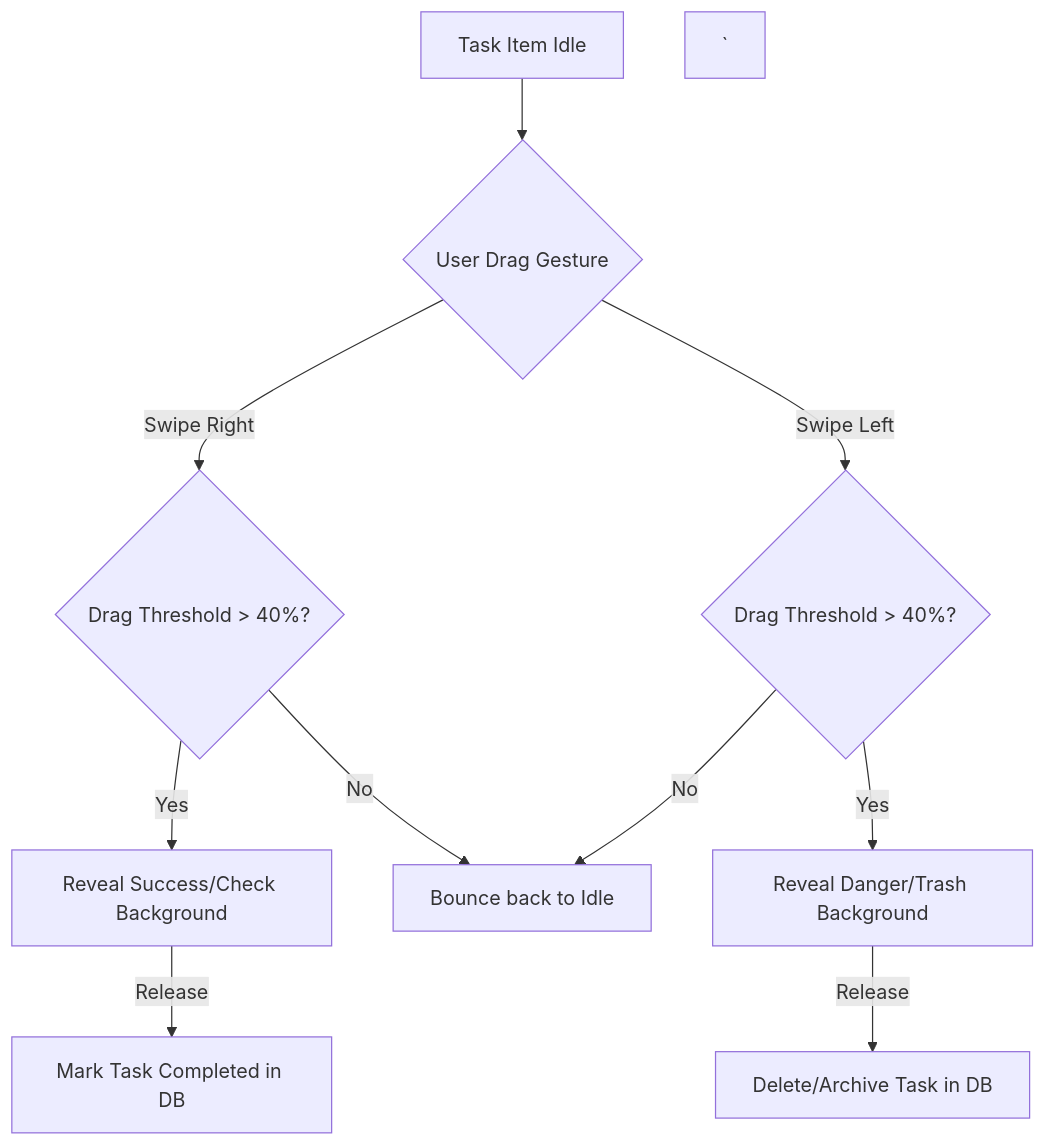
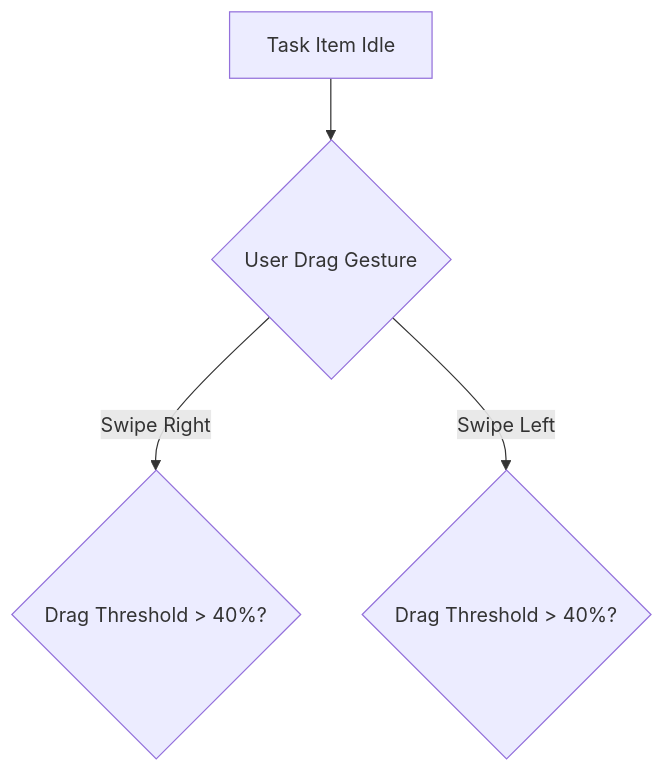
Before and after one commit to Savior-Systems/Savior-Systems-Android-Projects: the diagram in 12. Minimalist To-Do/03.FUNCTIONAL-FLOWS.md, drawn with Mermaid. The commit also changed other lines of this file and 452 other files, not shown here.

````diff
--- a/12. Minimalist To-Do/03.FUNCTIONAL-FLOWS.md
+++ b/12. Minimalist To-Do/03.FUNCTIONAL-FLOWS.md
@@ -45,15 +45,6 @@
 ```mermaid
 graph TD
     A[Task Item Idle] --> B{User Drag Gesture}
     B -- Swipe Right --> C{Drag Threshold > 40%?}
     B -- Swipe Left --> D{Drag Threshold > 40%?}
-`
-    C -- Yes --> E[Reveal Success/Check Background]
-    C -- No --> F[Bounce back to Idle]
-`
-    D -- Yes --> G[Reveal Danger/Trash Background]
-    D -- No --> F
-`
-    E -- Release --> H[Mark Task Completed in DB]
-    G -- Release --> I[Delete/Archive Task in DB]
 ```
````
